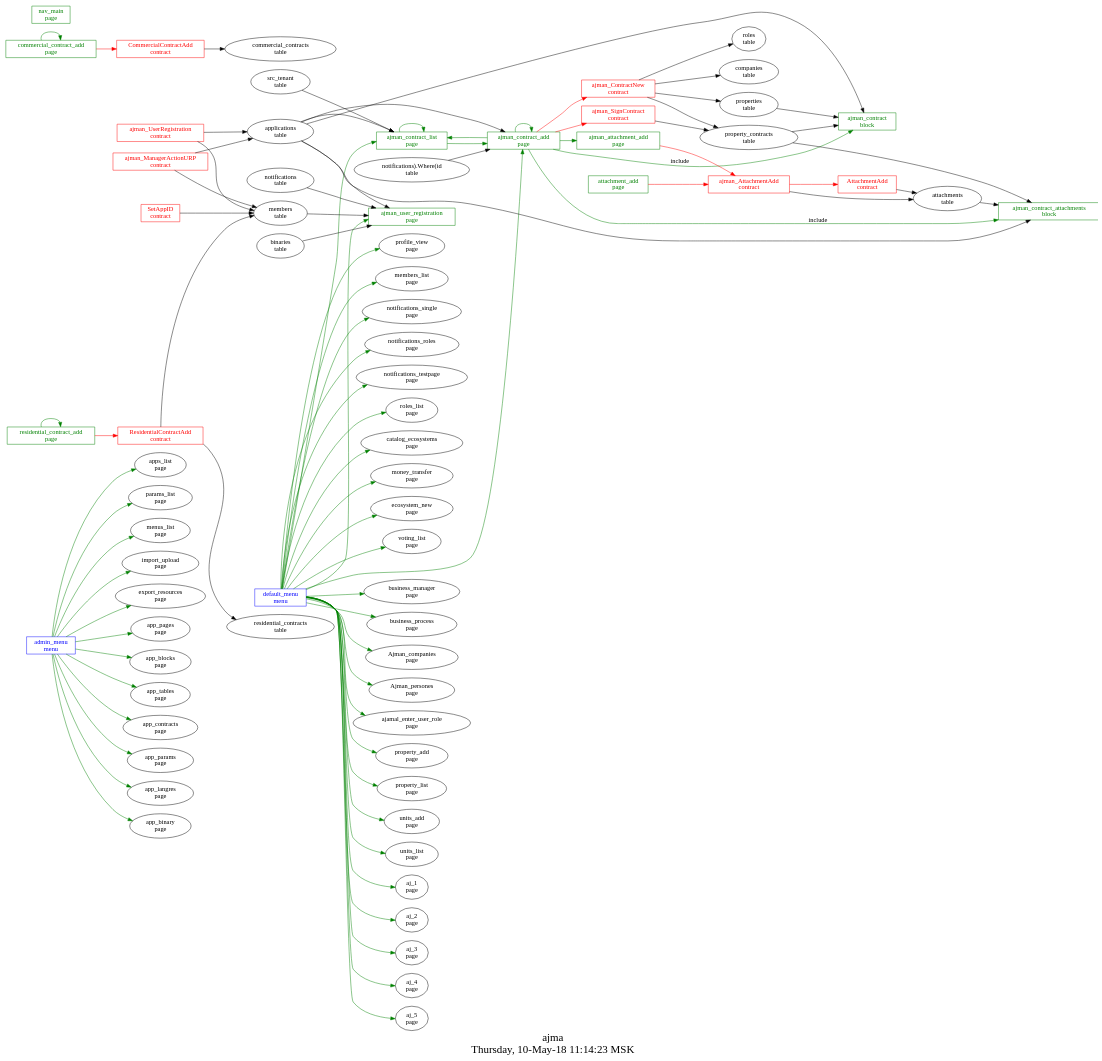
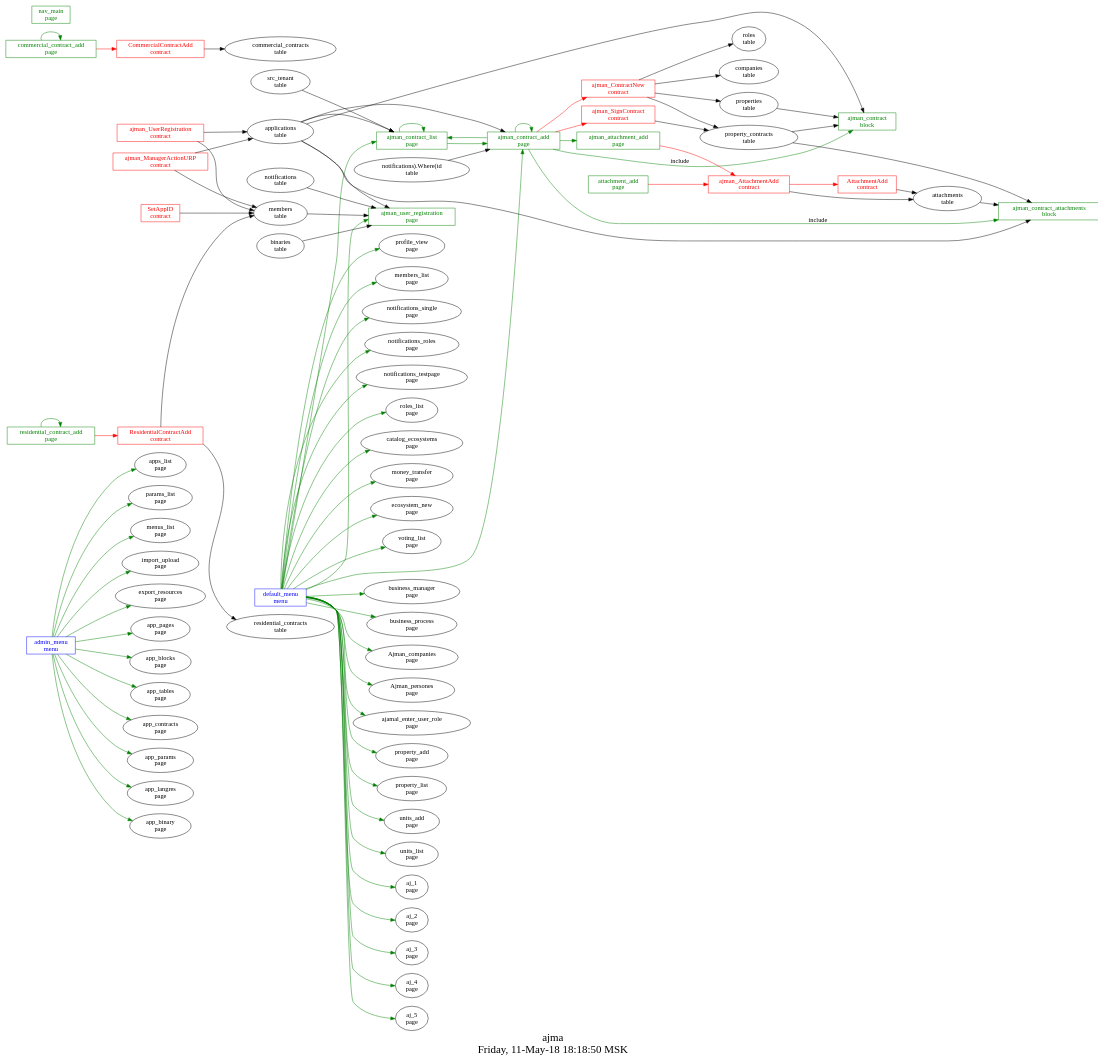
One commit to AplaProject/apps changed the diagram in src/ajman/struct.dot. Above: the diagram before and after it, drawn with Graphviz. The commit also changed 29 other files, not shown here.

```diff
--- a/src/ajman/struct.dot
+++ b/src/ajman/struct.dot
@@ -1,119 +1,119 @@
 digraph G {
 graph [
   fontsize="24";
-  label="ajma\nThursday, 10-May-18 11:14:23 MSK";
+  label="ajma\nFriday, 11-May-18 18:18:50 MSK";
   nojustify=true;
   ordering=out;
   rankdir=LR;
   size="30";
 ];
 "admin_menu\nmenu" -> "apps_list\npage"  [ color=green ]
 "admin_menu\nmenu" -> "params_list\npage"  [ color=green ]
 "admin_menu\nmenu" -> "menus_list\npage"  [ color=green ]
 "admin_menu\nmenu" -> "import_upload\npage"  [ color=green ]
 "admin_menu\nmenu" -> "export_resources\npage"  [ color=green ]
 "admin_menu\nmenu" -> "app_pages\npage"  [ color=green ]
 "admin_menu\nmenu" -> "app_blocks\npage"  [ color=green ]
 "admin_menu\nmenu" -> "app_tables\npage"  [ color=green ]
 "admin_menu\nmenu" -> "app_contracts\npage"  [ color=green ]
 "admin_menu\nmenu" -> "app_params\npage"  [ color=green ]
 "admin_menu\nmenu" -> "app_langres\npage"  [ color=green ]
 "admin_menu\nmenu" -> "app_binary\npage"  [ color=green ]
 "admin_menu\nmenu" [color=blue, fontcolor=blue, group=menus, shape=record];
 "default_menu\nmenu" -> "profile_view\npage"  [ color=green ]
 "default_menu\nmenu" -> "members_list\npage"  [ color=green ]
 "default_menu\nmenu" -> "notifications_single\npage"  [ color=green ]
 "default_menu\nmenu" -> "notifications_roles\npage"  [ color=green ]
 "default_menu\nmenu" -> "notifications_testpage\npage"  [ color=green ]
 "default_menu\nmenu" -> "roles_list\npage"  [ color=green ]
 "default_menu\nmenu" -> "catalog_ecosystems\npage"  [ color=green ]
 "default_menu\nmenu" -> "money_transfer\npage"  [ color=green ]
 "default_menu\nmenu" -> "ecosystem_new\npage"  [ color=green ]
 "default_menu\nmenu" -> "voting_list\npage"  [ color=green ]
 "default_menu\nmenu" -> "ajman_contract_list\npage"  [ color=green ]
 "default_menu\nmenu" -> "ajman_contract_add\npage"  [ color=green ]
 "default_menu\nmenu" -> "business_manager\npage"  [ color=green ]
 "default_menu\nmenu" -> "business_process\npage"  [ color=green ]
 "default_menu\nmenu" -> "ajman_user_registration\npage"  [ color=green ]
 "default_menu\nmenu" -> "Ajman_companies\npage"  [ color=green ]
 "default_menu\nmenu" -> "Ajman_persones\npage"  [ color=green ]
 "default_menu\nmenu" -> "ajamal_enter_user_role\npage"  [ color=green ]
 "default_menu\nmenu" -> "property_add\npage"  [ color=green ]
 "default_menu\nmenu" -> "property_list\npage"  [ color=green ]
 "default_menu\nmenu" -> "units_add\npage"  [ color=green ]
 "default_menu\nmenu" -> "units_list\npage"  [ color=green ]
 "default_menu\nmenu" -> "aj_1\npage"  [ color=green ]
 "default_menu\nmenu" -> "aj_2\npage"  [ color=green ]
 "default_menu\nmenu" -> "aj_3\npage"  [ color=green ]
 "default_menu\nmenu" -> "aj_4\npage"  [ color=green ]
 "default_menu\nmenu" -> "aj_5\npage"  [ color=green ]
 "default_menu\nmenu" [color=blue, fontcolor=blue, group=menus, shape=record];
 "ajman_attachment_add\npage" -> "ajman_AttachmentAdd\ncontract"  [ color=red ]
 "ajman_attachment_add\npage" [color=green, fontcolor=green, group=pages, shape=record];
 "ajman_contract_add\npage" -> "ajman_ContractNew\ncontract"  [ color=red ]
 "ajman_contract_add\npage" -> "ajman_SignContract\ncontract"  [ color=red ]
 "notifications).Where(id\ntable" -> "ajman_contract_add\npage"  [ color="" ]
 "applications\ntable" -> "ajman_contract_add\npage"  [ color="" ]
 "ajman_contract_add\npage" -> "ajman_contract_add\npage"  [ color=green ]
 "ajman_contract_add\npage" -> "ajman_contract_list\npage"  [ color=green ]
 "ajman_contract_add\npage" -> "ajman_attachment_add\npage"  [ color=green ]
 "ajman_contract_add\npage" -> "ajman_contract\nblock"  [ color=green, label=include ]
 "ajman_contract_add\npage" -> "ajman_contract_attachments\nblock"  [ color=green, label=include ]
 "ajman_contract_add\npage" [color=green, fontcolor=green, group=pages, shape=record];
 "applications\ntable" -> "ajman_contract_list\npage"  [ color="" ]
 "src_tenant\ntable" -> "ajman_contract_list\npage"  [ color="" ]
 "ajman_contract_list\npage" -> "ajman_contract_list\npage"  [ color=green ]
 "ajman_contract_list\npage" -> "ajman_contract_add\npage"  [ color=green ]
 "ajman_contract_list\npage" [color=green, fontcolor=green, group=pages, shape=record];
 "applications\ntable" -> "ajman_user_registration\npage"  [ color="" ]
 "notifications\ntable" -> "ajman_user_registration\npage"  [ color="" ]
 "members\ntable" -> "ajman_user_registration\npage"  [ color="" ]
 "binaries\ntable" -> "ajman_user_registration\npage"  [ color="" ]
 "ajman_user_registration\npage" [color=green, fontcolor=green, group=pages, shape=record];
 "attachment_add\npage" -> "ajman_AttachmentAdd\ncontract"  [ color=red ]
 "attachment_add\npage" [color=green, fontcolor=green, group=pages, shape=record];
 "commercial_contract_add\npage" -> "CommercialContractAdd\ncontract"  [ color=red ]
 "commercial_contract_add\npage" -> "commercial_contract_add\npage"  [ color=green ]
 "commercial_contract_add\npage" [color=green, fontcolor=green, group=pages, shape=record];
 "nav_main\npage" [color=green, fontcolor=green, group=pages, shape=record];
 "residential_contract_add\npage" -> "ResidentialContractAdd\ncontract"  [ color=red ]
 "residential_contract_add\npage" -> "residential_contract_add\npage"  [ color=green ]
 "residential_contract_add\npage" [color=green, fontcolor=green, group=pages, shape=record];
 "applications\ntable" -> "ajman_contract\nblock"  [ color="" ]
 "property_contracts\ntable" -> "ajman_contract\nblock"  [ color="" ]
 "properties\ntable" -> "ajman_contract\nblock"  [ color="" ]
 "ajman_contract\nblock" [color=green, fontcolor=green, group=blocks, shape=record];
 "applications\ntable" -> "ajman_contract_attachments\nblock"  [ color="" ]
 "property_contracts\ntable" -> "ajman_contract_attachments\nblock"  [ color="" ]
 "attachments\ntable" -> "ajman_contract_attachments\nblock"  [ color="" ]
 "ajman_contract_attachments\nblock" [color=green, fontcolor=green, group=blocks, shape=record];
 "AttachmentAdd\ncontract" -> "attachments\ntable"  [ color="" ]
 "AttachmentAdd\ncontract" [color=red, fontcolor=red, group=contracts, shape=record];
 "CommercialContractAdd\ncontract" -> "commercial_contracts\ntable"  [ color="" ]
 "CommercialContractAdd\ncontract" [color=red, fontcolor=red, group=contracts, shape=record];
 "ResidentialContractAdd\ncontract" -> "members\ntable"  [ color="" ]
 "ResidentialContractAdd\ncontract" -> "residential_contracts\ntable"  [ color="" ]
 "ResidentialContractAdd\ncontract" [color=red, fontcolor=red, group=contracts, shape=record];
 "SetAppID\ncontract" -> "members\ntable"  [ color="" ]
 "SetAppID\ncontract" [color=red, fontcolor=red, group=contracts, shape=record];
 "ajman_AttachmentAdd\ncontract" -> "AttachmentAdd\ncontract"  [ color=red ]
 "ajman_AttachmentAdd\ncontract" -> "attachments\ntable"  [ color="" ]
 "ajman_AttachmentAdd\ncontract" [color=red, fontcolor=red, group=contracts, shape=record];
 "ajman_ContractNew\ncontract" -> "roles\ntable"  [ color="" ]
 "ajman_ContractNew\ncontract" -> "companies\ntable"  [ color="" ]
 "ajman_ContractNew\ncontract" -> "properties\ntable"  [ color="" ]
 "ajman_ContractNew\ncontract" -> "property_contracts\ntable"  [ color="" ]
 "ajman_ContractNew\ncontract" [color=red, fontcolor=red, group=contracts, shape=record];
 "ajman_ManagerActionURP\ncontract" -> "applications\ntable"  [ color="" ]
 "ajman_ManagerActionURP\ncontract" -> "members\ntable"  [ color="" ]
 "ajman_ManagerActionURP\ncontract" [color=red, fontcolor=red, group=contracts, shape=record];
 "ajman_SignContract\ncontract" -> "property_contracts\ntable"  [ color="" ]
 "ajman_SignContract\ncontract" [color=red, fontcolor=red, group=contracts, shape=record];
 "ajman_UserRegistration\ncontract" -> "members\ntable"  [ color="" ]
 "ajman_UserRegistration\ncontract" -> "applications\ntable"  [ color="" ]
 "ajman_UserRegistration\ncontract" [color=red, fontcolor=red, group=contracts, shape=record];
 "attachments\ntable" [color="", fontcolor="", group=tables, shape=""];
 "commercial_contracts\ntable" [color="", fontcolor="", group=tables, shape=""];
 "property_contracts\ntable" [color="", fontcolor="", group=tables, shape=""];
 "residential_contracts\ntable" [color="", fontcolor="", group=tables, shape=""];
 }
```
